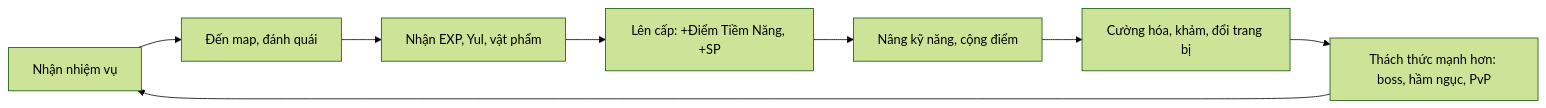
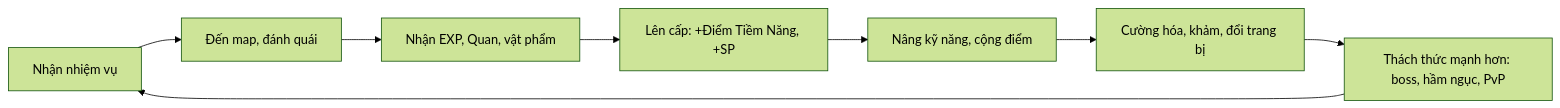
Before and after one commit to thehuygnouhk/game-2d: the first of 2 diagrams in docs/game-design/04-combat-and-progression.md, drawn with Mermaid (forest theme). The commit also changed other lines of this file and 35 other files, not shown here.

````diff
--- a/docs/game-design/04-combat-and-progression.md
+++ b/docs/game-design/04-combat-and-progression.md
@@ -8,10 +8,10 @@
 ```mermaid
 flowchart LR
     A["Nhận nhiệm vụ"] --> B["Đến map, đánh quái"]
-    B --> C["Nhận EXP, Yul, vật phẩm"]
+    B --> C["Nhận EXP, Quan, vật phẩm"]
     C --> D["Lên cấp: +Điểm Tiềm Năng, +SP"]
     D --> E["Nâng kỹ năng, cộng điểm"]
     E --> F["Cường hóa, khảm, đổi trang bị"]
     F --> G["Thách thức mạnh hơn: boss, hầm ngục, PvP"]
     G --> A
 ```
````
